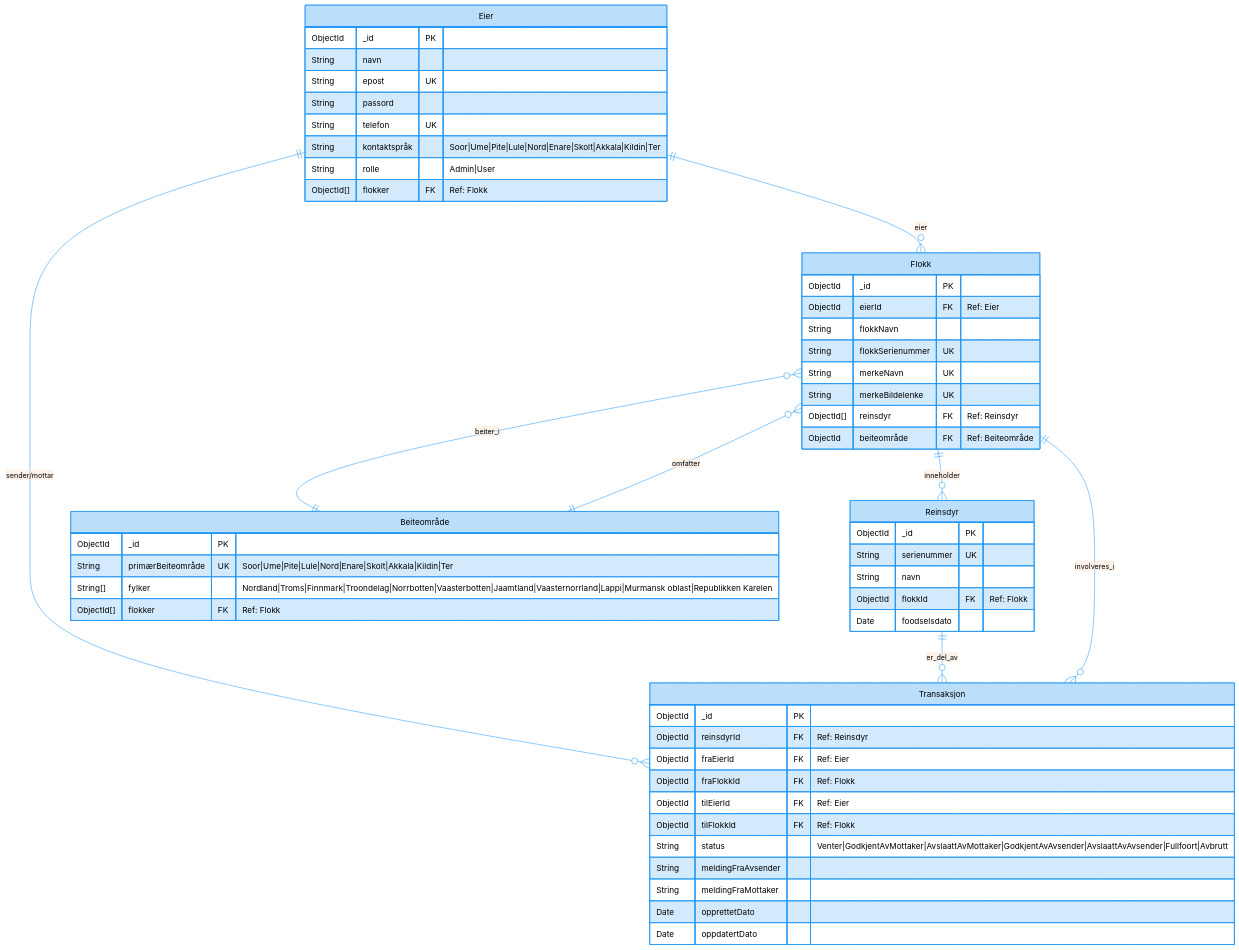
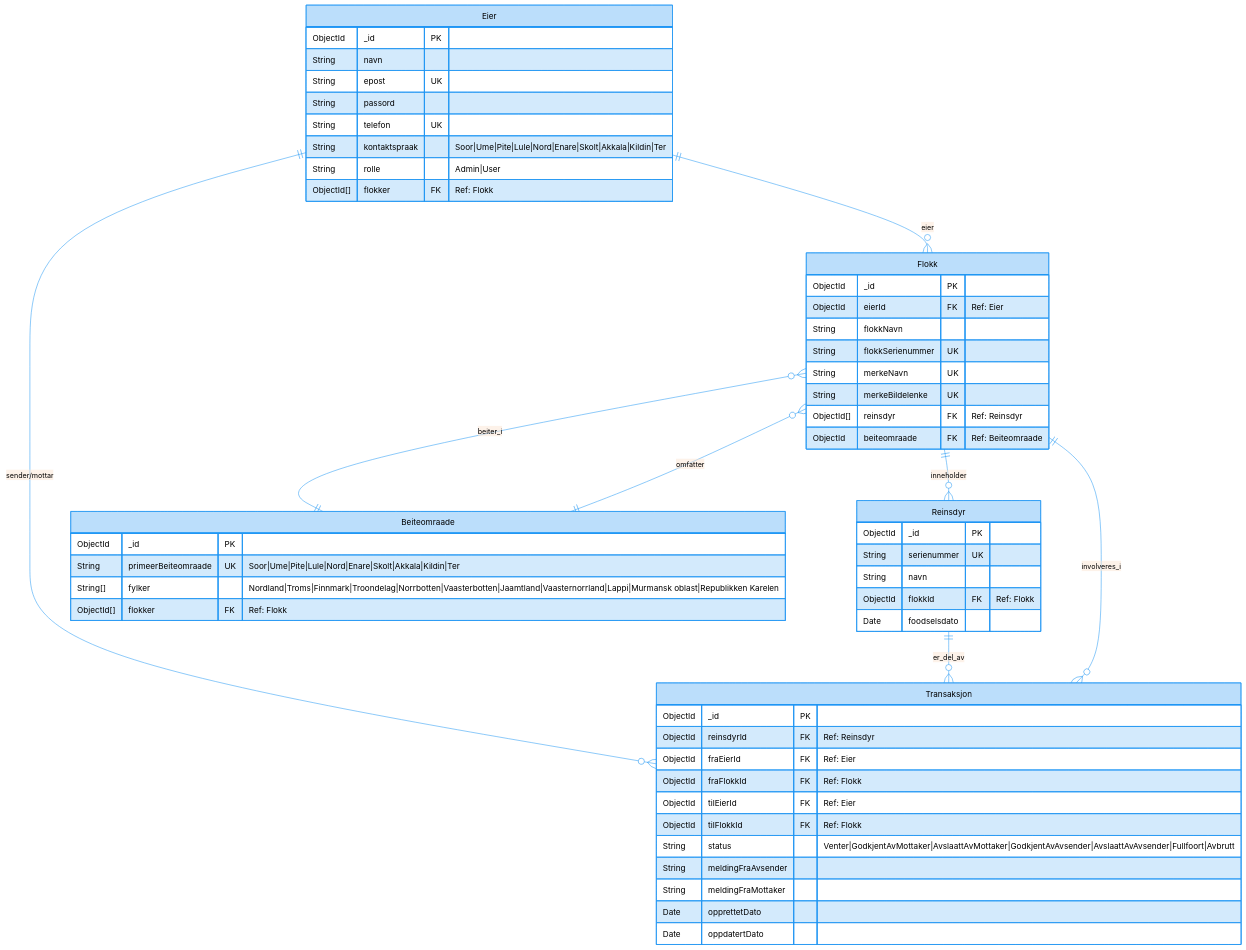
Before and after one commit to EliasNeerbye/Reinsdyr-Broker-ProveProveEksamen: the first of 2 diagrams in README.md, drawn with Mermaid.

````diff
--- a/README.md
+++ b/README.md
@@ -24,72 +24,72 @@
 ```mermaid
 %%{init: {
   'theme': 'base',
   'themeVariables': {
     'primaryColor': '#BBDEFB',
     'primaryTextColor': '#000',
     'primaryBorderColor': '#2196F3',
     'lineColor': '#2196F3',
     'textColor': '#333'
   }
 }}%%
 
 erDiagram
     Eier {
         ObjectId _id PK
         String navn
         String epost UK
         String passord
         String telefon UK
-        String kontaktspråk "Soor|Ume|Pite|Lule|Nord|Enare|Skolt|Akkala|Kildin|Ter"
+        String kontaktspraak "Soor|Ume|Pite|Lule|Nord|Enare|Skolt|Akkala|Kildin|Ter"
         String rolle "Admin|User"
         ObjectId[] flokker FK "Ref: Flokk"
     }
     
     Flokk {
         ObjectId _id PK
         ObjectId eierId FK "Ref: Eier"
         String flokkNavn
         String flokkSerienummer UK
         String merkeNavn UK
         String merkeBildelenke UK
         ObjectId[] reinsdyr FK "Ref: Reinsdyr"
-        ObjectId beiteområde FK "Ref: Beiteområde"
+        ObjectId beiteomraade FK "Ref: Beiteomraade"
     }
     
     Reinsdyr {
         ObjectId _id PK
         String serienummer UK
         String navn
         ObjectId flokkId FK "Ref: Flokk"
         Date foodselsdato
     }
 
-    Beiteområde {
+    Beiteomraade {
         ObjectId _id PK
-        String primærBeiteområde UK "Soor|Ume|Pite|Lule|Nord|Enare|Skolt|Akkala|Kildin|Ter"
+        String primeerBeiteomraade UK "Soor|Ume|Pite|Lule|Nord|Enare|Skolt|Akkala|Kildin|Ter"
         String[] fylker "Nordland|Troms|Finnmark|Troondelag|Norrbotten|Vaasterbotten|Jaamtland|Vaasternorrland|Lappi|Murmansk oblast|Republikken Karelen"
         ObjectId[] flokker FK "Ref: Flokk"
     }
     
     Transaksjon {
         ObjectId _id PK
         ObjectId reinsdyrId FK "Ref: Reinsdyr"
         ObjectId fraEierId FK "Ref: Eier"
         ObjectId fraFlokkId FK "Ref: Flokk"
         ObjectId tilEierId FK "Ref: Eier"
         ObjectId tilFlokkId FK "Ref: Flokk"
         String status "Venter|GodkjentAvMottaker|AvslaattAvMottaker|GodkjentAvAvsender|AvslaattAvAvsender|Fullfoort|Avbrutt"
         String meldingFraAvsender
         String meldingFraMottaker
         Date opprettetDato
         Date oppdatertDato
     }
 
     Eier ||--o{ Flokk : "eier"
     Eier ||--o{ Transaksjon : "sender/mottar"
     Flokk ||--o{ Reinsdyr : "inneholder"
-    Flokk }o--|| Beiteområde : "beiter_i"
-    Beiteområde ||--o{ Flokk : "omfatter"
+    Flokk }o--|| Beiteomraade : "beiter_i"
+    Beiteomraade ||--o{ Flokk : "omfatter"
     Reinsdyr ||--o{ Transaksjon : "er_del_av"
     Flokk ||--o{ Transaksjon : "involveres_i"
 ```
````
